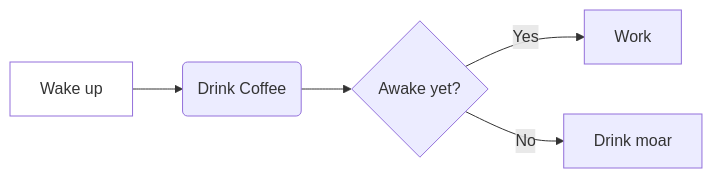
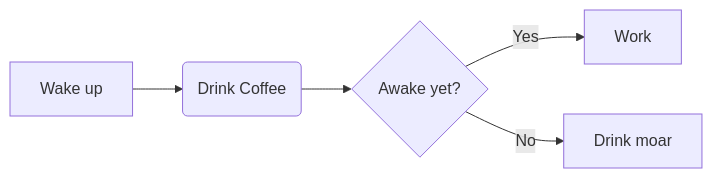
One commit to purpl3f0xtesting/purpl3f0xtesting.github.io changed the first of 2 diagrams in _posts/2019-10-19-test.md. Above: the diagram before and after it, drawn with Mermaid.

```diff
--- a/_posts/2019-10-19-test.md
+++ b/_posts/2019-10-19-test.md
@@ -6,8 +6,7 @@
 <div class="mermaid">
   graph LR
     A[Wake up] --> B(Drink Coffee)
 	B --> C{Awake yet?}
 	C --> |Yes| D[Work]
 	C --> |No| E[Drink moar]
-    style A fill:#FFFFFF
 </div>
```
